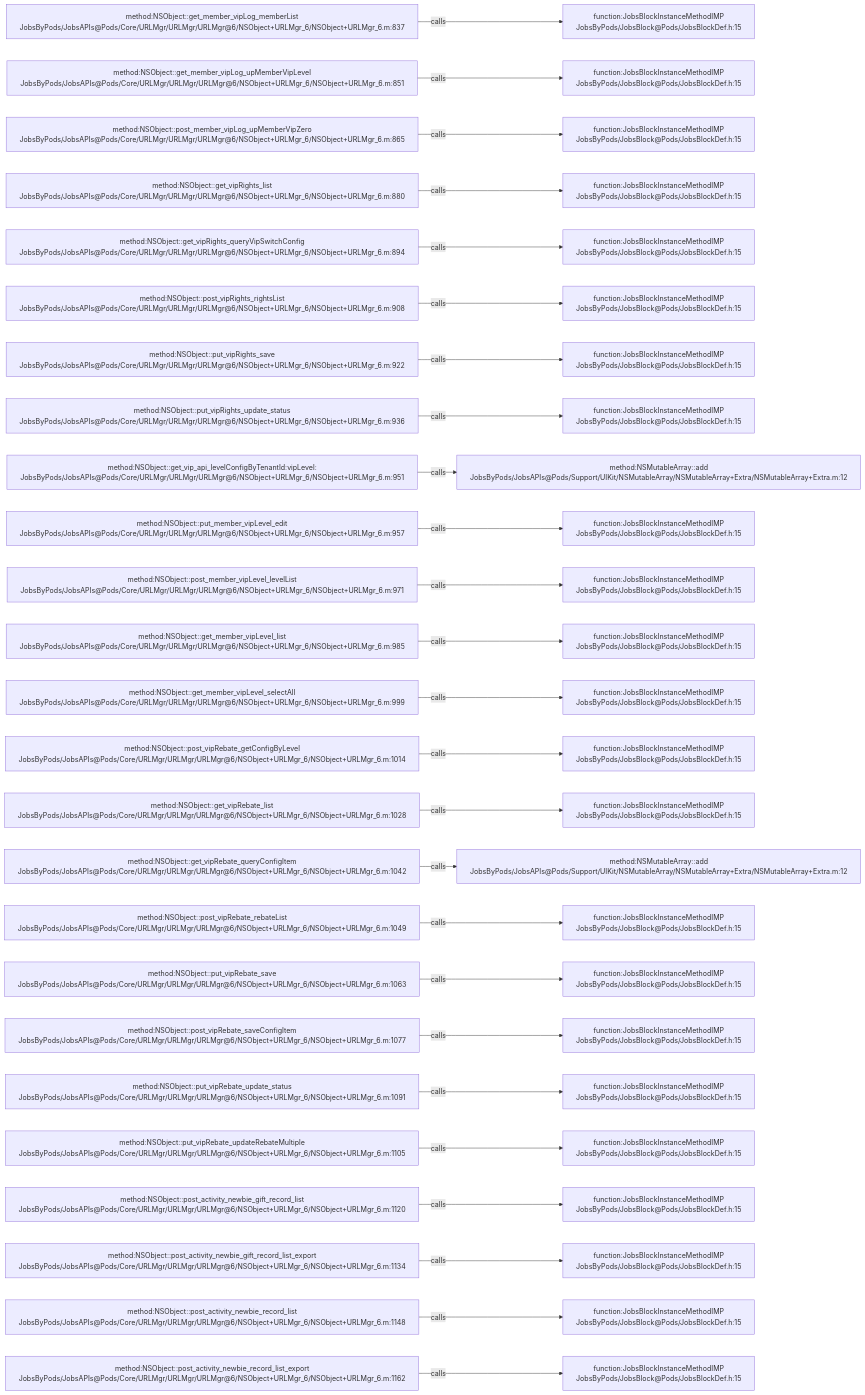
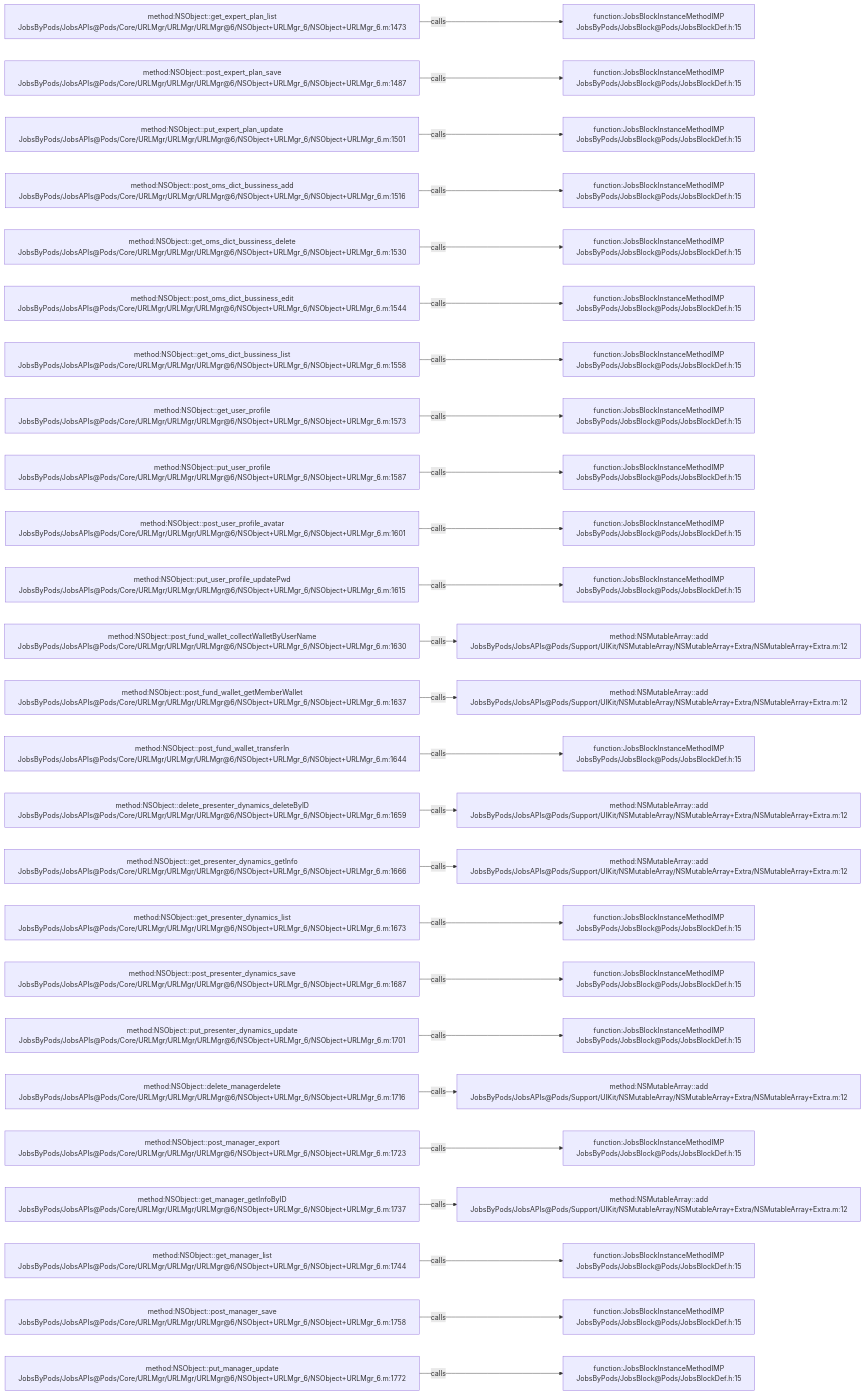
One commit to JobsKits/JobsOCBaseConfigDemo changed the diagram in .codegraph/codegraph.md/graphs/calls-069.md. Above: the diagram before and after it, drawn with Mermaid. The commit also changed 223 other files, not shown here.

````diff
--- a/.codegraph/codegraph.md/graphs/calls-069.md
+++ b/.codegraph/codegraph.md/graphs/calls-069.md
@@ -13,78 +13,78 @@
 ```mermaid
 flowchart LR
-  S1["method:NSObject::get_member_vipLog_memberList<br/>JobsByPods/JobsAPIs@Pods/Core/URLMgr/URLMgr/URLMgr@6/NSObject+URLMgr_6/NSObject+URLMgr_6.m:837"]
+  S1["method:NSObject::get_expert_plan_list<br/>JobsByPods/JobsAPIs@Pods/Core/URLMgr/URLMgr/URLMgr@6/NSObject+URLMgr_6/NSObject+URLMgr_6.m:1473"]
   T1["function:JobsBlockInstanceMethodIMP<br/>JobsByPods/JobsBlock@Pods/JobsBlockDef.h:15"]
   S1 -->|calls| T1
-  S2["method:NSObject::get_member_vipLog_upMemberVipLevel<br/>JobsByPods/JobsAPIs@Pods/Core/URLMgr/URLMgr/URLMgr@6/NSObject+URLMgr_6/NSObject+URLMgr_6.m:851"]
+  S2["method:NSObject::post_expert_plan_save<br/>JobsByPods/JobsAPIs@Pods/Core/URLMgr/URLMgr/URLMgr@6/NSObject+URLMgr_6/NSObject+URLMgr_6.m:1487"]
   T2["function:JobsBlockInstanceMethodIMP<br/>JobsByPods/JobsBlock@Pods/JobsBlockDef.h:15"]
   S2 -->|calls| T2
-  S3["method:NSObject::post_member_vipLog_upMemberVipZero<br/>JobsByPods/JobsAPIs@Pods/Core/URLMgr/URLMgr/URLMgr@6/NSObject+URLMgr_6/NSObject+URLMgr_6.m:865"]
+  S3["method:NSObject::put_expert_plan_update<br/>JobsByPods/JobsAPIs@Pods/Core/URLMgr/URLMgr/URLMgr@6/NSObject+URLMgr_6/NSObject+URLMgr_6.m:1501"]
   T3["function:JobsBlockInstanceMethodIMP<br/>JobsByPods/JobsBlock@Pods/JobsBlockDef.h:15"]
   S3 -->|calls| T3
-  S4["method:NSObject::get_vipRights_list<br/>JobsByPods/JobsAPIs@Pods/Core/URLMgr/URLMgr/URLMgr@6/NSObject+URLMgr_6/NSObject+URLMgr_6.m:880"]
+  S4["method:NSObject::post_oms_dict_bussiness_add<br/>JobsByPods/JobsAPIs@Pods/Core/URLMgr/URLMgr/URLMgr@6/NSObject+URLMgr_6/NSObject+URLMgr_6.m:1516"]
   T4["function:JobsBlockInstanceMethodIMP<br/>JobsByPods/JobsBlock@Pods/JobsBlockDef.h:15"]
   S4 -->|calls| T4
-  S5["method:NSObject::get_vipRights_queryVipSwitchConfig<br/>JobsByPods/JobsAPIs@Pods/Core/URLMgr/URLMgr/URLMgr@6/NSObject+URLMgr_6/NSObject+URLMgr_6.m:894"]
+  S5["method:NSObject::get_oms_dict_bussiness_delete<br/>JobsByPods/JobsAPIs@Pods/Core/URLMgr/URLMgr/URLMgr@6/NSObject+URLMgr_6/NSObject+URLMgr_6.m:1530"]
   T5["function:JobsBlockInstanceMethodIMP<br/>JobsByPods/JobsBlock@Pods/JobsBlockDef.h:15"]
   S5 -->|calls| T5
-  S6["method:NSObject::post_vipRights_rightsList<br/>JobsByPods/JobsAPIs@Pods/Core/URLMgr/URLMgr/URLMgr@6/NSObject+URLMgr_6/NSObject+URLMgr_6.m:908"]
+  S6["method:NSObject::post_oms_dict_bussiness_edit<br/>JobsByPods/JobsAPIs@Pods/Core/URLMgr/URLMgr/URLMgr@6/NSObject+URLMgr_6/NSObject+URLMgr_6.m:1544"]
   T6["function:JobsBlockInstanceMethodIMP<br/>JobsByPods/JobsBlock@Pods/JobsBlockDef.h:15"]
   S6 -->|calls| T6
-  S7["method:NSObject::put_vipRights_save<br/>JobsByPods/JobsAPIs@Pods/Core/URLMgr/URLMgr/URLMgr@6/NSObject+URLMgr_6/NSObject+URLMgr_6.m:922"]
+  S7["method:NSObject::get_oms_dict_bussiness_list<br/>JobsByPods/JobsAPIs@Pods/Core/URLMgr/URLMgr/URLMgr@6/NSObject+URLMgr_6/NSObject+URLMgr_6.m:1558"]
   T7["function:JobsBlockInstanceMethodIMP<br/>JobsByPods/JobsBlock@Pods/JobsBlockDef.h:15"]
   S7 -->|calls| T7
-  S8["method:NSObject::put_vipRights_update_status<br/>JobsByPods/JobsAPIs@Pods/Core/URLMgr/URLMgr/URLMgr@6/NSObject+URLMgr_6/NSObject+URLMgr_6.m:936"]
+  S8["method:NSObject::get_user_profile<br/>JobsByPods/JobsAPIs@Pods/Core/URLMgr/URLMgr/URLMgr@6/NSObject+URLMgr_6/NSObject+URLMgr_6.m:1573"]
   T8["function:JobsBlockInstanceMethodIMP<br/>JobsByPods/JobsBlock@Pods/JobsBlockDef.h:15"]
   S8 -->|calls| T8
-  S9["method:NSObject::get_vip_api_levelConfigByTenantId:vipLevel:<br/>JobsByPods/JobsAPIs@Pods/Core/URLMgr/URLMgr/URLMgr@6/NSObject+URLMgr_6/NSObject+URLMgr_6.m:951"]
-  T9["method:NSMutableArray::add<br/>JobsByPods/JobsAPIs@Pods/Support/UIKit/NSMutableArray/NSMutableArray+Extra/NSMutableArray+Extra.m:12"]
+  S9["method:NSObject::put_user_profile<br/>JobsByPods/JobsAPIs@Pods/Core/URLMgr/URLMgr/URLMgr@6/NSObject+URLMgr_6/NSObject+URLMgr_6.m:1587"]
+  T9["function:JobsBlockInstanceMethodIMP<br/>JobsByPods/JobsBlock@Pods/JobsBlockDef.h:15"]
   S9 -->|calls| T9
-  S10["method:NSObject::put_member_vipLevel_edit<br/>JobsByPods/JobsAPIs@Pods/Core/URLMgr/URLMgr/URLMgr@6/NSObject+URLMgr_6/NSObject+URLMgr_6.m:957"]
+  S10["method:NSObject::post_user_profile_avatar<br/>JobsByPods/JobsAPIs@Pods/Core/URLMgr/URLMgr/URLMgr@6/NSObject+URLMgr_6/NSObject+URLMgr_6.m:1601"]
   T10["function:JobsBlockInstanceMethodIMP<br/>JobsByPods/JobsBlock@Pods/JobsBlockDef.h:15"]
   S10 -->|calls| T10
-  S11["method:NSObject::post_member_vipLevel_levelList<br/>JobsByPods/JobsAPIs@Pods/Core/URLMgr/URLMgr/URLMgr@6/NSObject+URLMgr_6/NSObject+URLMgr_6.m:971"]
+  S11["method:NSObject::put_user_profile_updatePwd<br/>JobsByPods/JobsAPIs@Pods/Core/URLMgr/URLMgr/URLMgr@6/NSObject+URLMgr_6/NSObject+URLMgr_6.m:1615"]
   T11["function:JobsBlockInstanceMethodIMP<br/>JobsByPods/JobsBlock@Pods/JobsBlockDef.h:15"]
   S11 -->|calls| T11
-  S12["method:NSObject::get_member_vipLevel_list<br/>JobsByPods/JobsAPIs@Pods/Core/URLMgr/URLMgr/URLMgr@6/NSObject+URLMgr_6/NSObject+URLMgr_6.m:985"]
-  T12["function:JobsBlockInstanceMethodIMP<br/>JobsByPods/JobsBlock@Pods/JobsBlockDef.h:15"]
+  S12["method:NSObject::post_fund_wallet_collectWalletByUserName<br/>JobsByPods/JobsAPIs@Pods/Core/URLMgr/URLMgr/URLMgr@6/NSObject+URLMgr_6/NSObject+URLMgr_6.m:1630"]
+  T12["method:NSMutableArray::add<br/>JobsByPods/JobsAPIs@Pods/Support/UIKit/NSMutableArray/NSMutableArray+Extra/NSMutableArray+Extra.m:12"]
   S12 -->|calls| T12
-  S13["method:NSObject::get_member_vipLevel_selectAll<br/>JobsByPods/JobsAPIs@Pods/Core/URLMgr/URLMgr/URLMgr@6/NSObject+URLMgr_6/NSObject+URLMgr_6.m:999"]
-  T13["function:JobsBlockInstanceMethodIMP<br/>JobsByPods/JobsBlock@Pods/JobsBlockDef.h:15"]
+  S13["method:NSObject::post_fund_wallet_getMemberWallet<br/>JobsByPods/JobsAPIs@Pods/Core/URLMgr/URLMgr/URLMgr@6/NSObject+URLMgr_6/NSObject+URLMgr_6.m:1637"]
+  T13["method:NSMutableArray::add<br/>JobsByPods/JobsAPIs@Pods/Support/UIKit/NSMutableArray/NSMutableArray+Extra/NSMutableArray+Extra.m:12"]
   S13 -->|calls| T13
-  S14["method:NSObject::post_vipRebate_getConfigByLevel<br/>JobsByPods/JobsAPIs@Pods/Core/URLMgr/URLMgr/URLMgr@6/NSObject+URLMgr_6/NSObject+URLMgr_6.m:1014"]
+  S14["method:NSObject::post_fund_wallet_transferIn<br/>JobsByPods/JobsAPIs@Pods/Core/URLMgr/URLMgr/URLMgr@6/NSObject+URLMgr_6/NSObject+URLMgr_6.m:1644"]
   T14["function:JobsBlockInstanceMethodIMP<br/>JobsByPods/JobsBlock@Pods/JobsBlockDef.h:15"]
   S14 -->|calls| T14
-  S15["method:NSObject::get_vipRebate_list<br/>JobsByPods/JobsAPIs@Pods/Core/URLMgr/URLMgr/URLMgr@6/NSObject+URLMgr_6/NSObject+URLMgr_6.m:1028"]
-  T15["function:JobsBlockInstanceMethodIMP<br/>JobsByPods/JobsBlock@Pods/JobsBlockDef.h:15"]
+  S15["method:NSObject::delete_presenter_dynamics_deleteByID<br/>JobsByPods/JobsAPIs@Pods/Core/URLMgr/URLMgr/URLMgr@6/NSObject+URLMgr_6/NSObject+URLMgr_6.m:1659"]
+  T15["method:NSMutableArray::add<br/>JobsByPods/JobsAPIs@Pods/Support/UIKit/NSMutableArray/NSMutableArray+Extra/NSMutableArray+Extra.m:12"]
   S15 -->|calls| T15
-  S16["method:NSObject::get_vipRebate_queryConfigItem<br/>JobsByPods/JobsAPIs@Pods/Core/URLMgr/URLMgr/URLMgr@6/NSObject+URLMgr_6/NSObject+URLMgr_6.m:1042"]
+  S16["method:NSObject::get_presenter_dynamics_getInfo<br/>JobsByPods/JobsAPIs@Pods/Core/URLMgr/URLMgr/URLMgr@6/NSObject+URLMgr_6/NSObject+URLMgr_6.m:1666"]
   T16["method:NSMutableArray::add<br/>JobsByPods/JobsAPIs@Pods/Support/UIKit/NSMutableArray/NSMutableArray+Extra/NSMutableArray+Extra.m:12"]
   S16 -->|calls| T16
-  S17["method:NSObject::post_vipRebate_rebateList<br/>JobsByPods/JobsAPIs@Pods/Core/URLMgr/URLMgr/URLMgr@6/NSObject+URLMgr_6/NSObject+URLMgr_6.m:1049"]
+  S17["method:NSObject::get_presenter_dynamics_list<br/>JobsByPods/JobsAPIs@Pods/Core/URLMgr/URLMgr/URLMgr@6/NSObject+URLMgr_6/NSObject+URLMgr_6.m:1673"]
   T17["function:JobsBlockInstanceMethodIMP<br/>JobsByPods/JobsBlock@Pods/JobsBlockDef.h:15"]
   S17 -->|calls| T17
-  S18["method:NSObject::put_vipRebate_save<br/>JobsByPods/JobsAPIs@Pods/Core/URLMgr/URLMgr/URLMgr@6/NSObject+URLMgr_6/NSObject+URLMgr_6.m:1063"]
+  S18["method:NSObject::post_presenter_dynamics_save<br/>JobsByPods/JobsAPIs@Pods/Core/URLMgr/URLMgr/URLMgr@6/NSObject+URLMgr_6/NSObject+URLMgr_6.m:1687"]
   T18["function:JobsBlockInstanceMethodIMP<br/>JobsByPods/JobsBlock@Pods/JobsBlockDef.h:15"]
   S18 -->|calls| T18
-  S19["method:NSObject::post_vipRebate_saveConfigItem<br/>JobsByPods/JobsAPIs@Pods/Core/URLMgr/URLMgr/URLMgr@6/NSObject+URLMgr_6/NSObject+URLMgr_6.m:1077"]
+  S19["method:NSObject::put_presenter_dynamics_update<br/>JobsByPods/JobsAPIs@Pods/Core/URLMgr/URLMgr/URLMgr@6/NSObject+URLMgr_6/NSObject+URLMgr_6.m:1701"]
   T19["function:JobsBlockInstanceMethodIMP<br/>JobsByPods/JobsBlock@Pods/JobsBlockDef.h:15"]
   S19 -->|calls| T19
-  S20["method:NSObject::put_vipRebate_update_status<br/>JobsByPods/JobsAPIs@Pods/Core/URLMgr/URLMgr/URLMgr@6/NSObject+URLMgr_6/NSObject+URLMgr_6.m:1091"]
-  T20["function:JobsBlockInstanceMethodIMP<br/>JobsByPods/JobsBlock@Pods/JobsBlockDef.h:15"]
+  S20["method:NSObject::delete_managerdelete<br/>JobsByPods/JobsAPIs@Pods/Core/URLMgr/URLMgr/URLMgr@6/NSObject+URLMgr_6/NSObject+URLMgr_6.m:1716"]
+  T20["method:NSMutableArray::add<br/>JobsByPods/JobsAPIs@Pods/Support/UIKit/NSMutableArray/NSMutableArray+Extra/NSMutableArray+Extra.m:12"]
   S20 -->|calls| T20
-  S21["method:NSObject::put_vipRebate_updateRebateMultiple<br/>JobsByPods/JobsAPIs@Pods/Core/URLMgr/URLMgr/URLMgr@6/NSObject+URLMgr_6/NSObject+URLMgr_6.m:1105"]
+  S21["method:NSObject::post_manager_export<br/>JobsByPods/JobsAPIs@Pods/Core/URLMgr/URLMgr/URLMgr@6/NSObject+URLMgr_6/NSObject+URLMgr_6.m:1723"]
   T21["function:JobsBlockInstanceMethodIMP<br/>JobsByPods/JobsBlock@Pods/JobsBlockDef.h:15"]
   S21 -->|calls| T21
-  S22["method:NSObject::post_activity_newbie_gift_record_list<br/>JobsByPods/JobsAPIs@Pods/Core/URLMgr/URLMgr/URLMgr@6/NSObject+URLMgr_6/NSObject+URLMgr_6.m:1120"]
-  T22["function:JobsBlockInstanceMethodIMP<br/>JobsByPods/JobsBlock@Pods/JobsBlockDef.h:15"]
+  S22["method:NSObject::get_manager_getInfoByID<br/>JobsByPods/JobsAPIs@Pods/Core/URLMgr/URLMgr/URLMgr@6/NSObject+URLMgr_6/NSObject+URLMgr_6.m:1737"]
+  T22["method:NSMutableArray::add<br/>JobsByPods/JobsAPIs@Pods/Support/UIKit/NSMutableArray/NSMutableArray+Extra/NSMutableArray+Extra.m:12"]
   S22 -->|calls| T22
-  S23["method:NSObject::post_activity_newbie_gift_record_list_export<br/>JobsByPods/JobsAPIs@Pods/Core/URLMgr/URLMgr/URLMgr@6/NSObject+URLMgr_6/NSObject+URLMgr_6.m:1134"]
+  S23["method:NSObject::get_manager_list<br/>JobsByPods/JobsAPIs@Pods/Core/URLMgr/URLMgr/URLMgr@6/NSObject+URLMgr_6/NSObject+URLMgr_6.m:1744"]
   T23["function:JobsBlockInstanceMethodIMP<br/>JobsByPods/JobsBlock@Pods/JobsBlockDef.h:15"]
   S23 -->|calls| T23
-  S24["method:NSObject::post_activity_newbie_record_list<br/>JobsByPods/JobsAPIs@Pods/Core/URLMgr/URLMgr/URLMgr@6/NSObject+URLMgr_6/NSObject+URLMgr_6.m:1148"]
+  S24["method:NSObject::post_manager_save<br/>JobsByPods/JobsAPIs@Pods/Core/URLMgr/URLMgr/URLMgr@6/NSObject+URLMgr_6/NSObject+URLMgr_6.m:1758"]
   T24["function:JobsBlockInstanceMethodIMP<br/>JobsByPods/JobsBlock@Pods/JobsBlockDef.h:15"]
   S24 -->|calls| T24
-  S25["method:NSObject::post_activity_newbie_record_list_export<br/>JobsByPods/JobsAPIs@Pods/Core/URLMgr/URLMgr/URLMgr@6/NSObject+URLMgr_6/NSObject+URLMgr_6.m:1162"]
+  S25["method:NSObject::put_manager_update<br/>JobsByPods/JobsAPIs@Pods/Core/URLMgr/URLMgr/URLMgr@6/NSObject+URLMgr_6/NSObject+URLMgr_6.m:1772"]
   T25["function:JobsBlockInstanceMethodIMP<br/>JobsByPods/JobsBlock@Pods/JobsBlockDef.h:15"]
   S25 -->|calls| T25
 ```
````
